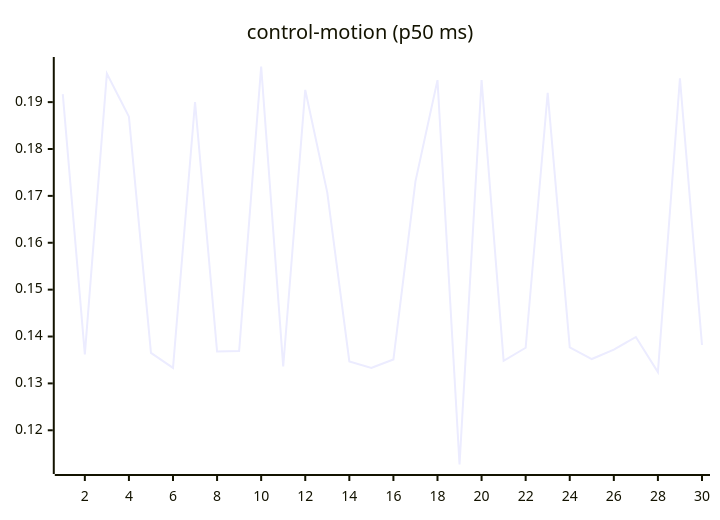
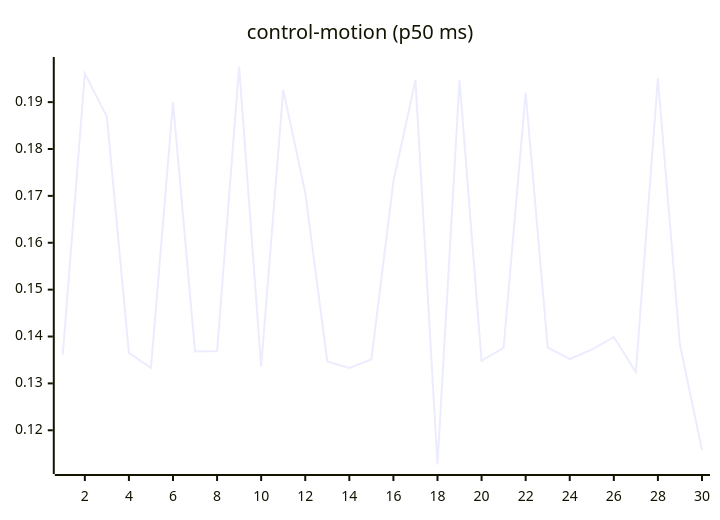
The seventh of 27 diagrams in README.md (josha/Facet), drawn with Mermaid before and after one commit. The commit also changed other lines of this file and 2 other files, not shown here.

````diff
--- a/README.md
+++ b/README.md
@@ -105,6 +105,6 @@
 ```mermaid
 xychart-beta
     title "control-motion (p50 ms)"
     x-axis 1 --> 30
-    line [0.1917, 0.1362, 0.1961, 0.1869, 0.1365, 0.1333, 0.1900, 0.1368, 0.1369, 0.1976, 0.1336, 0.1926, 0.1707, 0.1347, 0.1333, 0.1351, 0.1731, 0.1947, 0.1127, 0.1947, 0.1348, 0.1376, 0.1920, 0.1377, 0.1352, 0.1372, 0.1399, 0.1324, 0.1951, 0.1382]
+    line [0.1362, 0.1961, 0.1869, 0.1365, 0.1333, 0.1900, 0.1368, 0.1369, 0.1976, 0.1336, 0.1926, 0.1707, 0.1347, 0.1333, 0.1351, 0.1731, 0.1947, 0.1127, 0.1947, 0.1348, 0.1376, 0.1920, 0.1377, 0.1352, 0.1372, 0.1399, 0.1324, 0.1951, 0.1382, 0.1158]
 ```
````
